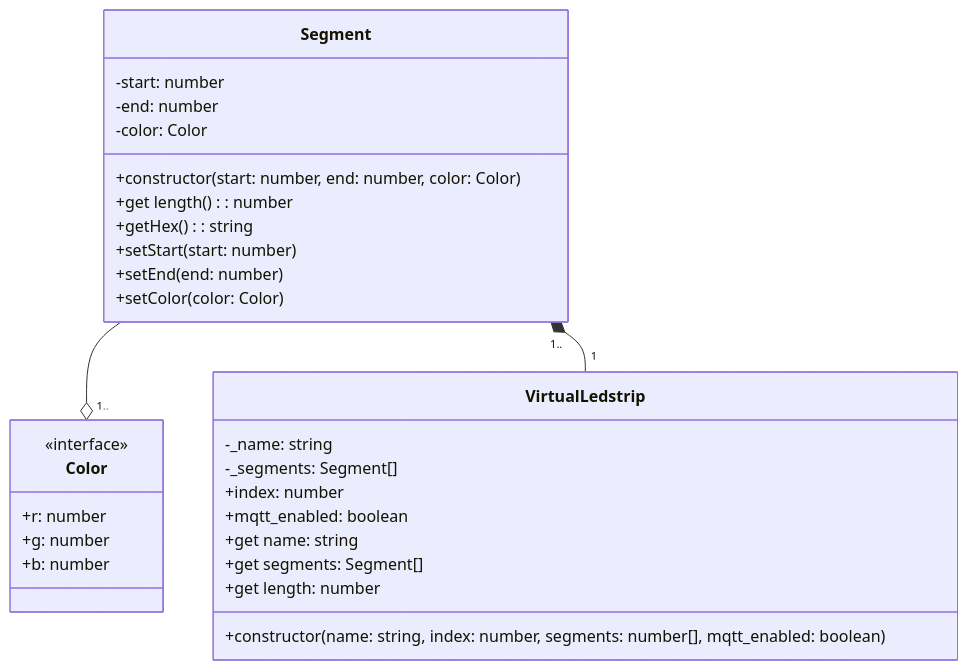
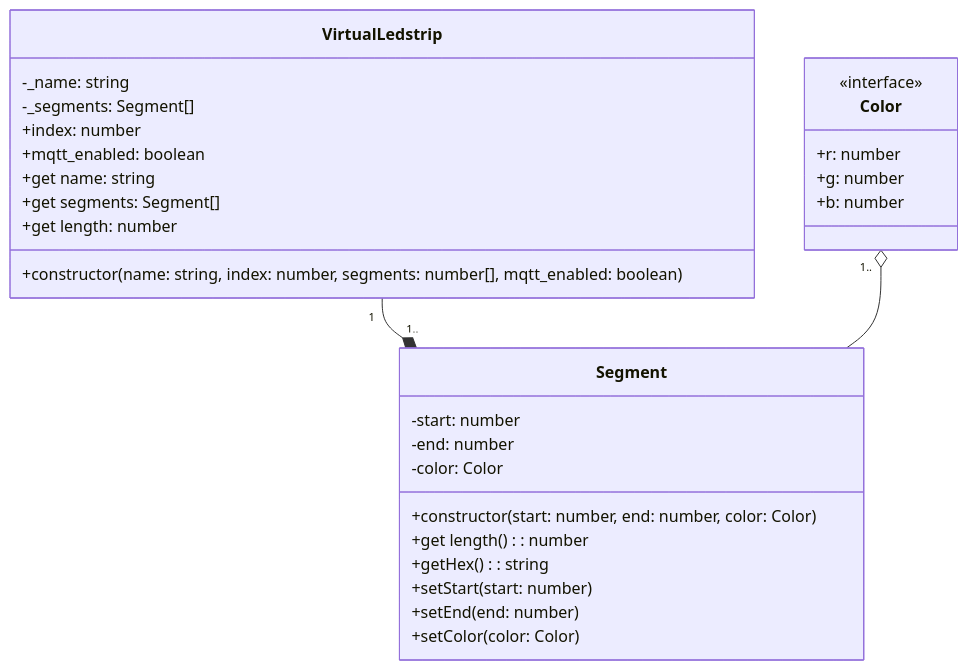
Before and after one commit to vives-project-xp/InteractiveCorridor: the diagram in Backend/README.md, drawn with Mermaid.

Commit message:
Change uml diagram positions

````diff
--- a/Backend/README.md
+++ b/Backend/README.md
@@ -5,36 +5,36 @@
 ```mermaid
 classDiagram
 
 class Segment {
     -start: number
     -end: number
     -color: Color
     +constructor(start: number, end: number, color: Color)
     +get length(): number
     +getHex(): string
     +setStart(start: number)
     +setEnd(end: number)
     +setColor(color: Color)
 }
 
 class Color {
     <<interface>>
     +r: number
     +g: number
     +b: number
 }
 
 class VirtualLedstrip{
     -_name: string
     -_segments: Segment[]
     +index: number
     +mqtt_enabled: boolean
     +get name: string
     +get segments: Segment[]
     +get length: number
     +constructor(name: string, index: number, segments: number[], mqtt_enabled: boolean)
 }
 
-Segment --o "1.." Color
-Segment "1.." *-- "1" VirtualLedstrip
+VirtualLedstrip "1" --* "1.." Segment
+Color "1.." o-- Segment
 ```
````
